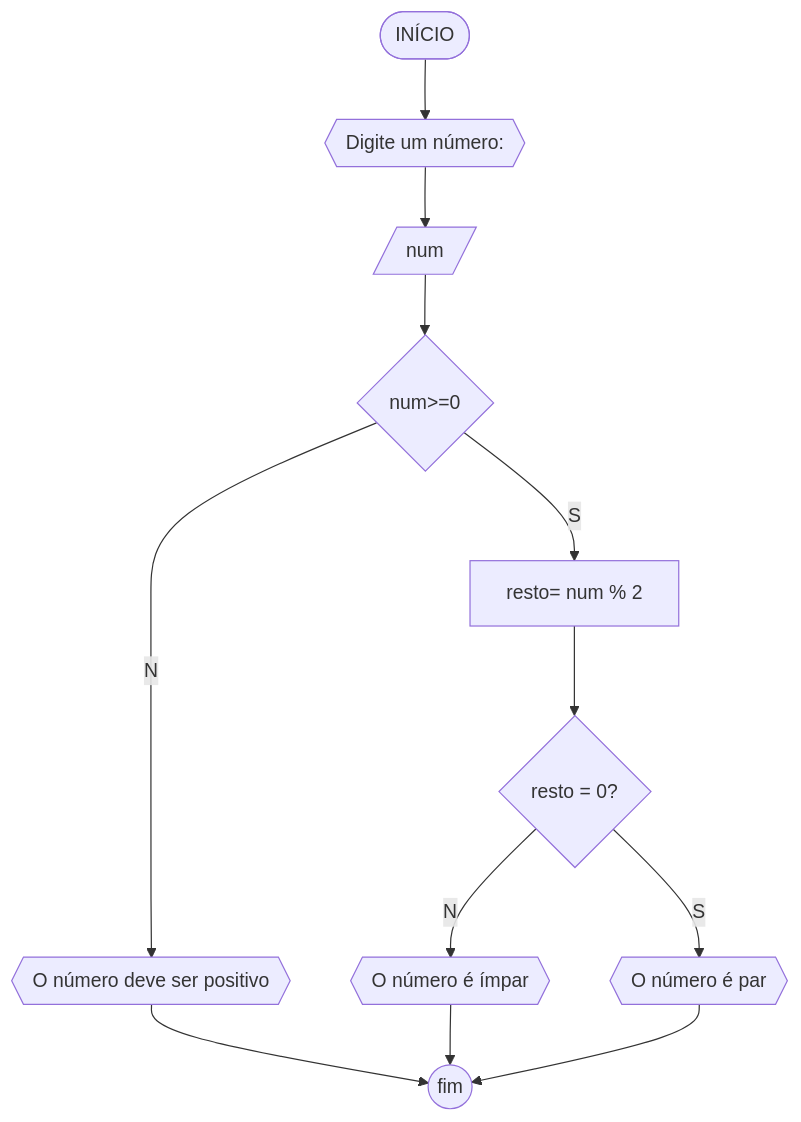
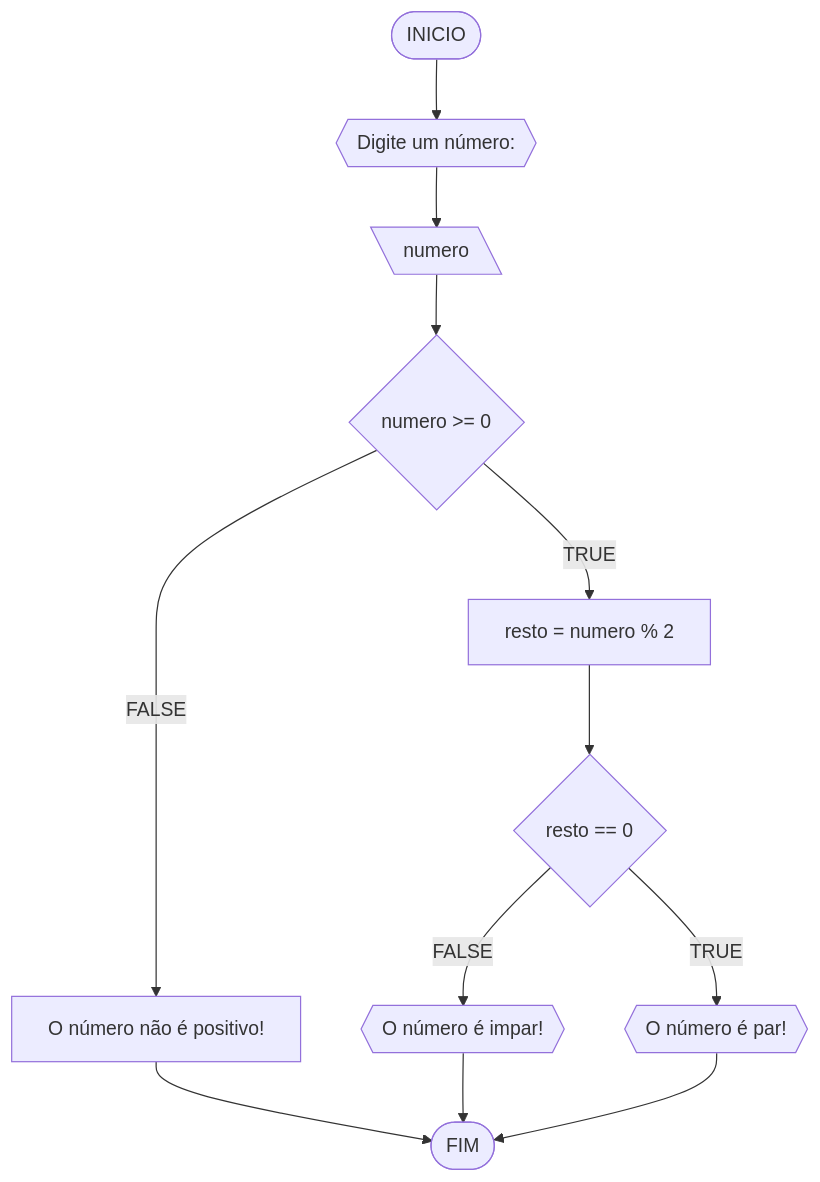
The first of 4 diagrams in RLA/unidade1/lista1.md (clara-paterno/unifor), drawn with Mermaid before and after one commit. The commit also changed other lines of this file, not shown here.

````diff
--- a/RLA/unidade1/lista1.md
+++ b/RLA/unidade1/lista1.md
@@ -12,14 +12,14 @@
 ```mermaid
-flowchart TB
-A([INÍCIO]) --> B{{Digite um número: }}
-B --> C[/num/] 
-C --> D{num>=0}
-D --N--> E{{O número deve ser positivo}}
-E --> F((fim))
-D --S--> G[resto= num % 2]
-G--> H{resto = 0?}
-H--N-->I{{O número é ímpar}}
-H--S-->J{{O número é par}}
-I-->F
-J-->F
+flowchart TD
+A([INICIO]) --> B{{Digite um número:}}
+B --> C[\numero\]
+C --> D{numero >= 0}
+D --FALSE--> E[O número não é positivo!]
+D --TRUE--> F[resto = numero % 2]
+E --> Z([FIM])
+F --> G{resto == 0}
+G --FALSE--> H{{O número é impar!}}
+G --TRUE--> I{{O número é par!}}
+H --> Z
+I --> Z
 ```
````
